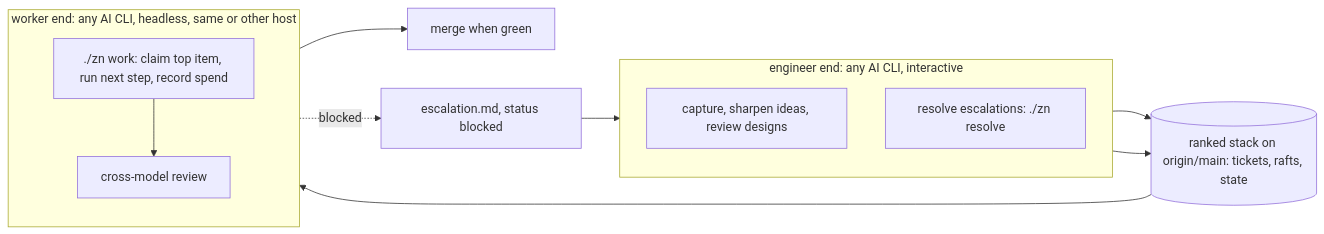
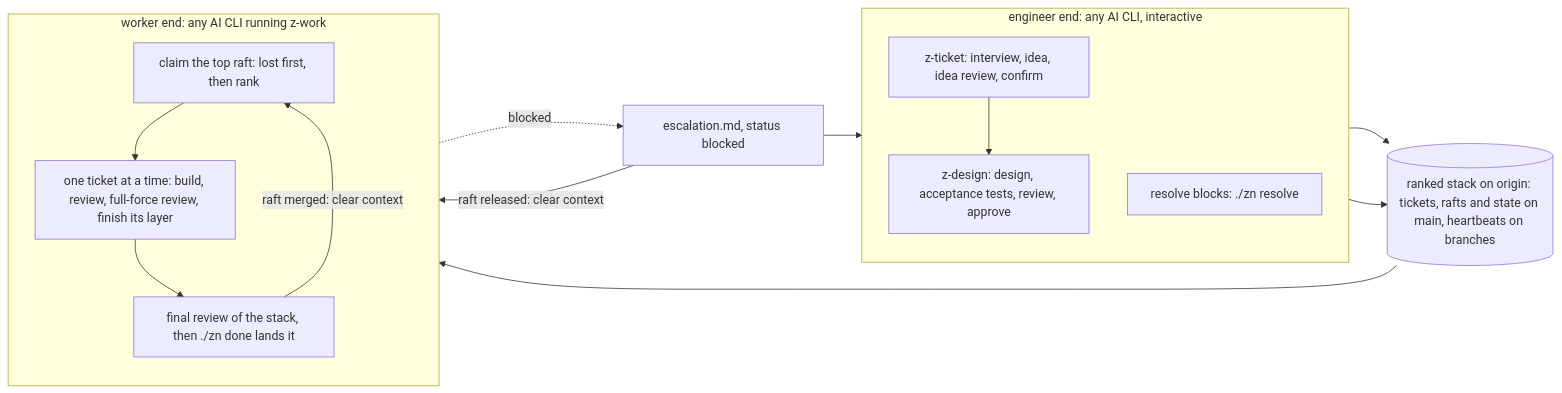
Before and after one commit to philipbergen/z-nile: the second of 3 diagrams in z-nile/README.md, drawn with Mermaid. The commit also changed other lines of this file and 14 other files, not shown here.

````diff
--- a/z-nile/README.md
+++ b/z-nile/README.md
@@ -28,19 +36,26 @@
 ```mermaid
 flowchart LR
   subgraph eng["engineer end: any AI CLI, interactive"]
     direction TB
-    cap["capture, sharpen ideas, review designs"]
-    res["resolve escalations: ./zn resolve"]
+    cap["z-ticket: interview, idea, idea review, confirm"]
+    des["z-design: design, acceptance tests, review, approve"]
+    res["resolve blocks: ./zn resolve"]
+    cap --> des
   end
-  stack[("ranked stack on origin/main: tickets, rafts, state")]
-  subgraph wrk["worker end: any AI CLI, headless, same or other host"]
+  stack[("ranked stack on origin: tickets, rafts and state on main, heartbeats on branches")]
+  subgraph wrk["worker end: any AI CLI running z-work"]
     direction TB
-    loop["./zn work: claim top item, run next step, record spend"]
-    rev["cross-model review"]
+    loop["claim the top raft: lost first, then rank"]
+    layer["one ticket at a time: build, review, full-force review, finish its layer"]
+    final["final review of the stack, then ./zn done lands it"]
+    loop --> layer
+    layer --> final
   end
   eng --> stack
-  stack --> loop --> rev --> merge["merge when green"]
-  loop -. blocked .-> esc["escalation.md, status blocked"]
+  stack --> loop
+  final -->|"raft merged: clear context"| loop
+  layer -. blocked .-> esc["escalation.md, status blocked"]
+  esc -->|"raft released: clear context"| loop
   esc --> res
   res --> stack
 ```
````
